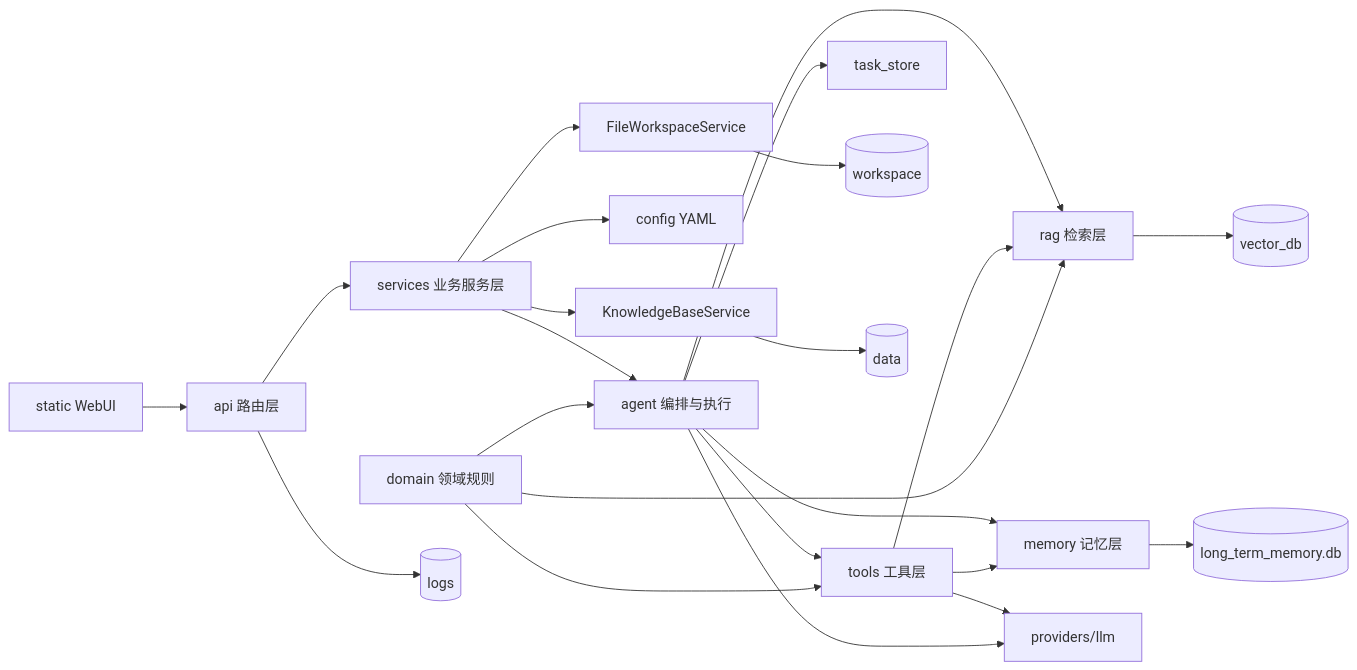
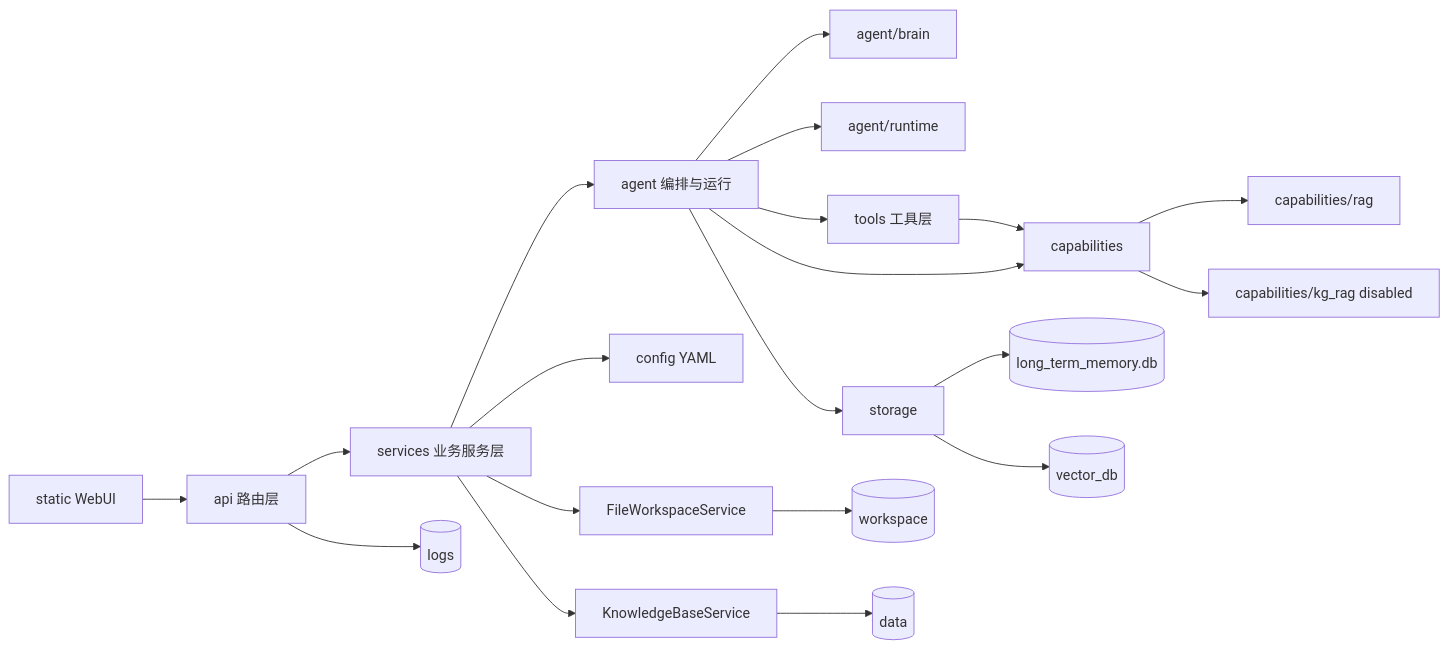
Before and after one commit to wwei-coder/GeoClaw-LS: the diagram in docs/architecture_target.md, drawn with Mermaid. The commit also changed other lines of this file and 143 other files, not shown here.

Commit message:
Refactor agent architecture layers

````diff
--- a/docs/architecture_target.md
+++ b/docs/architecture_target.md
@@ -111,30 +117,26 @@
 ```mermaid
 flowchart LR
     UI[static WebUI] --> API[api 路由层]
     API --> SVC[services 业务服务层]
 
-    SVC --> AGENT[agent 编排与执行]
+    SVC --> AGENT[agent 编排与运行]
     SVC --> CFG[config YAML]
     SVC --> FWS[FileWorkspaceService]
     SVC --> KBS[KnowledgeBaseService]
 
+    AGENT --> BRAIN[agent/brain]
+    AGENT --> RUNTIME[agent/runtime]
     AGENT --> TOOLS[tools 工具层]
-    AGENT --> MEM[memory 记忆层]
-    AGENT --> RAG[rag 检索层]
-    AGENT --> TSTORE[task_store]
+    AGENT --> CAPS[capabilities]
+    AGENT --> STORE[storage]
 
-    TOOLS --> RAG
-    TOOLS --> MEM
-    TOOLS --> PROV[providers/llm]
-    AGENT --> PROV
+    TOOLS --> CAPS
+    CAPS --> RAGC[capabilities/rag]
+    CAPS --> KGC[capabilities/kg_rag disabled]
+    STORE --> SQLITE[(long_term_memory.db)]
+    STORE --> VDB[(vector_db)]
 
-    DOMAIN[domain 领域规则] --> AGENT
-    DOMAIN --> TOOLS
-    DOMAIN --> RAG
-
-    RAG --> VDB[(vector_db)]
-    MEM --> DB[(long_term_memory.db)]
+    KBS --> DATA[(data)]
     FWS --> WS[(workspace)]
-    KBS --> DATA[(data)]
     API --> LOGS[(logs)]
 ```
````
